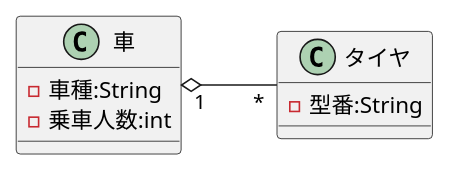
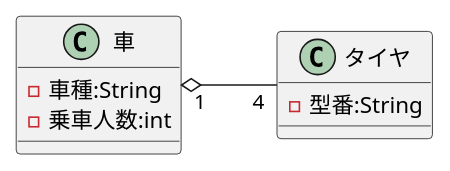
One commit to Ragamn/uml-introduction changed the diagram in 演習3-4_クラス図.pu. Above: the diagram before and after it, drawn with PlantUML.

Commit message:
修正

```diff
--- a/演習3-4_クラス図.pu
+++ b/演習3-4_クラス図.pu
@@ -1,11 +1,11 @@
 @startuml
 left to right direction
 class 車 {
     - 車種:String
     - 乗車人数:int
 }
 class タイヤ {
     - 型番:String
 }
-車 "1" o-- "*" タイヤ
+車 "1" o-- "4" タイヤ
 @enduml
```
